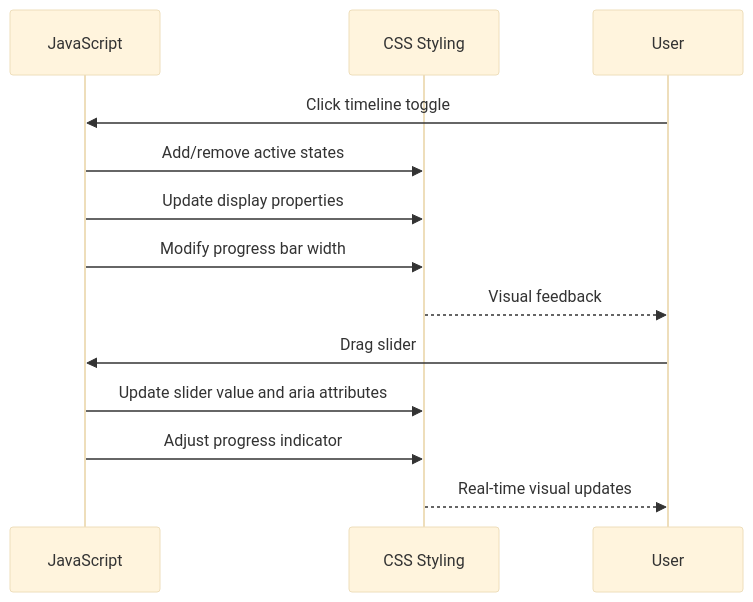
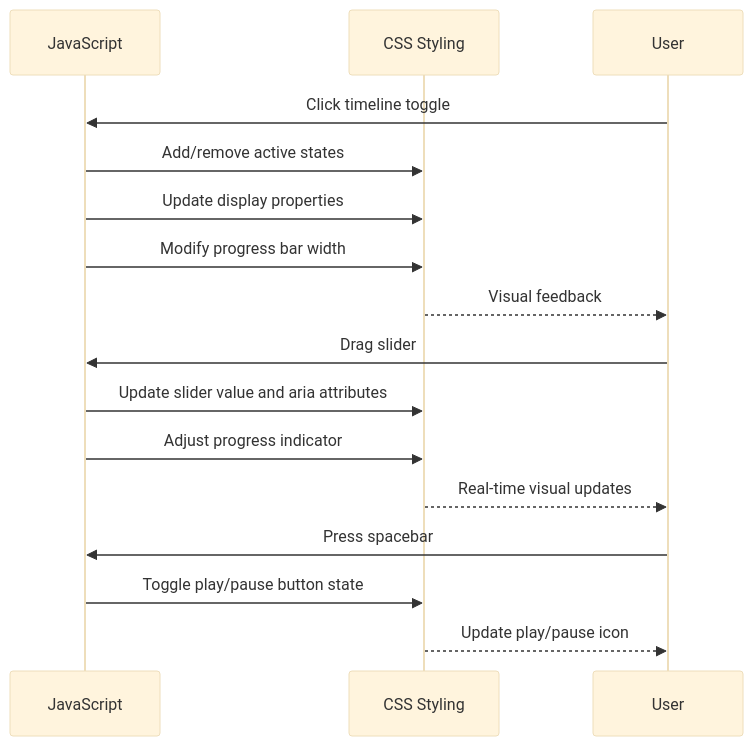
One commit to austinsonger/elect-socialists changed the second of 2 diagrams in .qoder/repowiki/en/content/Customization/Timeline Panel Styling.md. Above: the diagram before and after it, drawn with Mermaid (base theme). The commit also changed other lines of this file and 1 other file, not shown here.

First line of the commit message:
docs(timeline): enhance timeline panel styling and interaction documentation

````diff
--- a/.qoder/repowiki/en/content/Customization/Timeline Panel Styling.md
+++ b/.qoder/repowiki/en/content/Customization/Timeline Panel Styling.md
@@ -204,15 +321,18 @@
 ```mermaid
 sequenceDiagram
 participant JS as JavaScript
 participant CSS as CSS Styling
 participant User as User
 User->>JS : Click timeline toggle
 JS->>CSS : Add/remove active states
 JS->>CSS : Update display properties
 JS->>CSS : Modify progress bar width
 CSS-->>User : Visual feedback
 User->>JS : Drag slider
 JS->>CSS : Update slider value and aria attributes
 JS->>CSS : Adjust progress indicator
 CSS-->>User : Real-time visual updates
+User->>JS : Press spacebar
+JS->>CSS : Toggle play/pause button state
+CSS-->>User : Update play/pause icon
 ```
````
